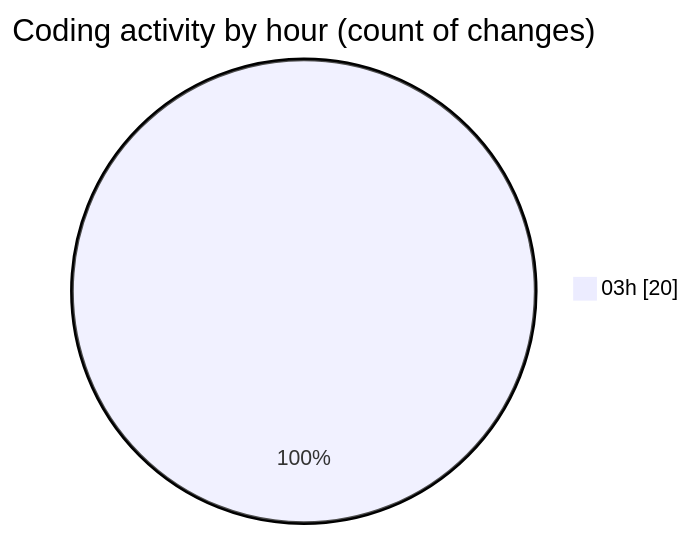
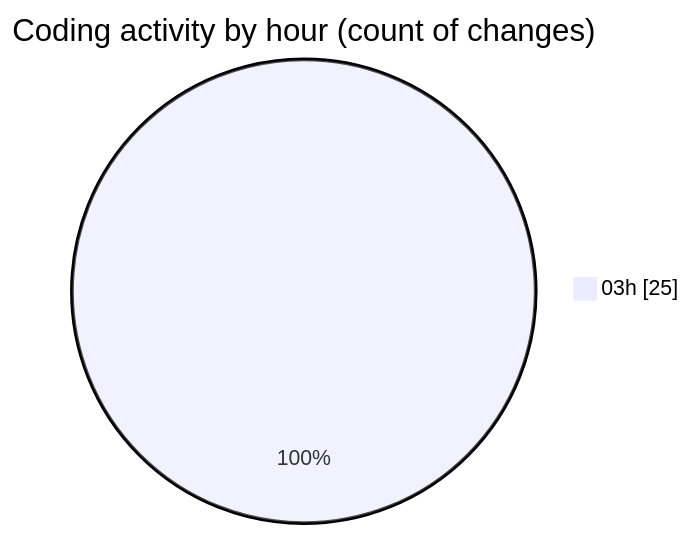
Before and after one commit to donsfak/code-tracking: the second of 2 diagrams in 2025-01-02/maps_clone/README.md, drawn with Mermaid. The commit also changed other lines of this file and 2 other files, not shown here.

````diff
--- a/2025-01-02/maps_clone/README.md
+++ b/2025-01-02/maps_clone/README.md
@@ -40,5 +43,5 @@
 ```mermaid
 pie showData
 title Coding activity by hour (count of changes)
-"03h" : 20
+"03h" : 25
 ```
````
